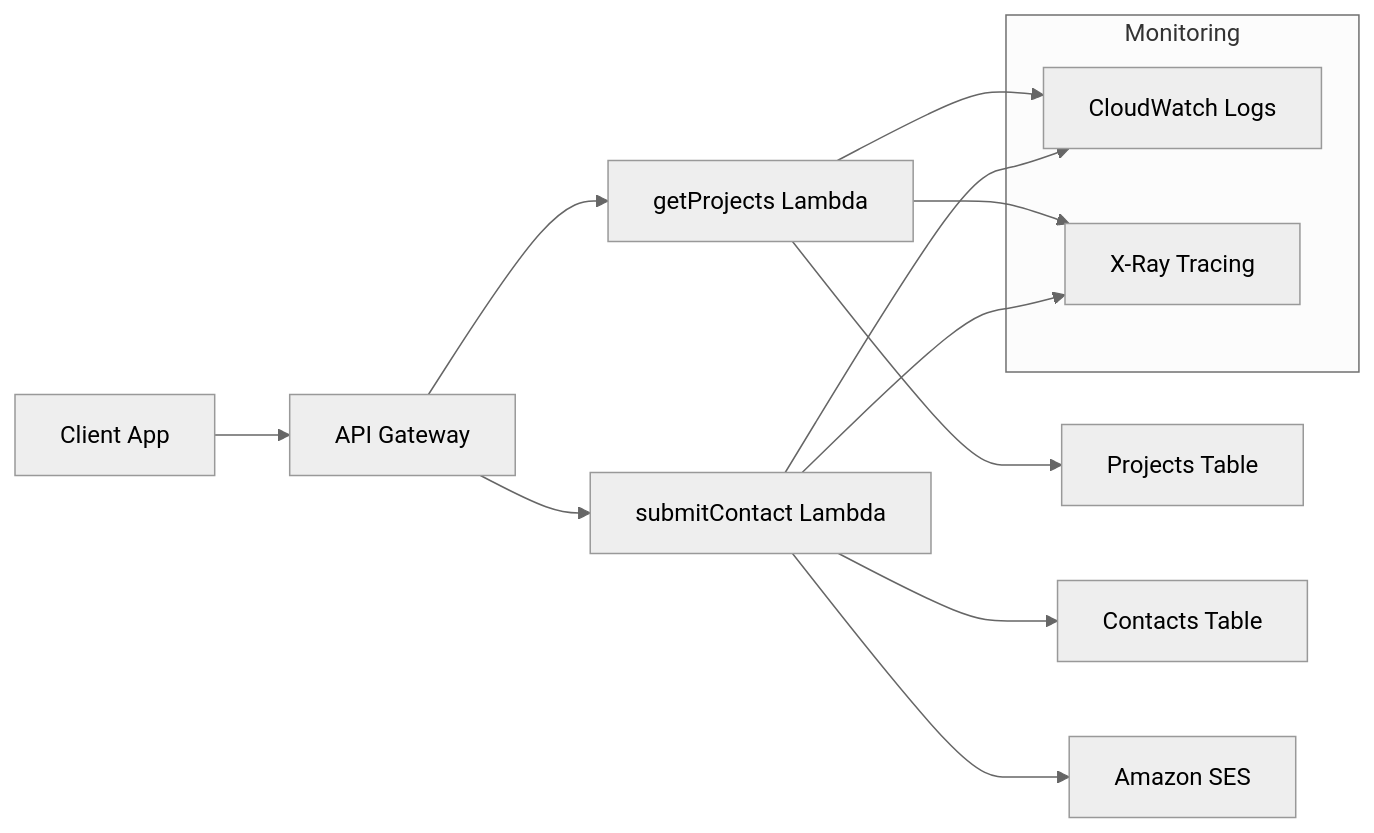
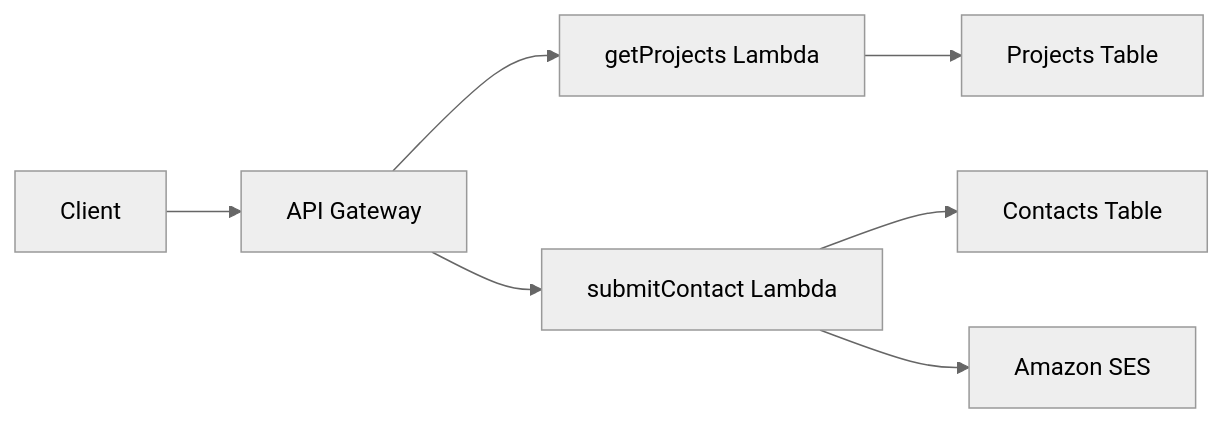
One commit to MGhaith/my-Portfolio changed the diagram in backend/README.md. Above: the diagram before and after it, drawn with Mermaid (neutral theme). The commit also changed other lines of this file and 3 other files, not shown here.

````diff
--- a/backend/README.md
+++ b/backend/README.md
@@ -7,19 +9,9 @@
 ```mermaid
 graph LR
-    Client[Client App] --> APIGW[API Gateway]
-    APIGW --> L1[getProjects Lambda]
-    APIGW --> L2[submitContact Lambda]
-    L1 --> DDB1[Projects Table]
-    L2 --> DDB2[Contacts Table]
-    L2 --> SES[Amazon SES]
-    
-    subgraph "Monitoring"
-        CW[CloudWatch Logs]
-        XR[X-Ray Tracing]
-    end
-    
-    L1 --> CW
-    L2 --> CW
-    L1 --> XR
-    L2 --> XR
+    CLIENT[Client] --> APIGW[API Gateway]
+    APIGW --> LAMBDA1[getProjects Lambda]
+    APIGW --> LAMBDA2[submitContact Lambda]
+    LAMBDA1 --> DDB1[Projects Table]
+    LAMBDA2 --> DDB2[Contacts Table]
+    LAMBDA2 --> SES[Amazon SES]
 ```
````
